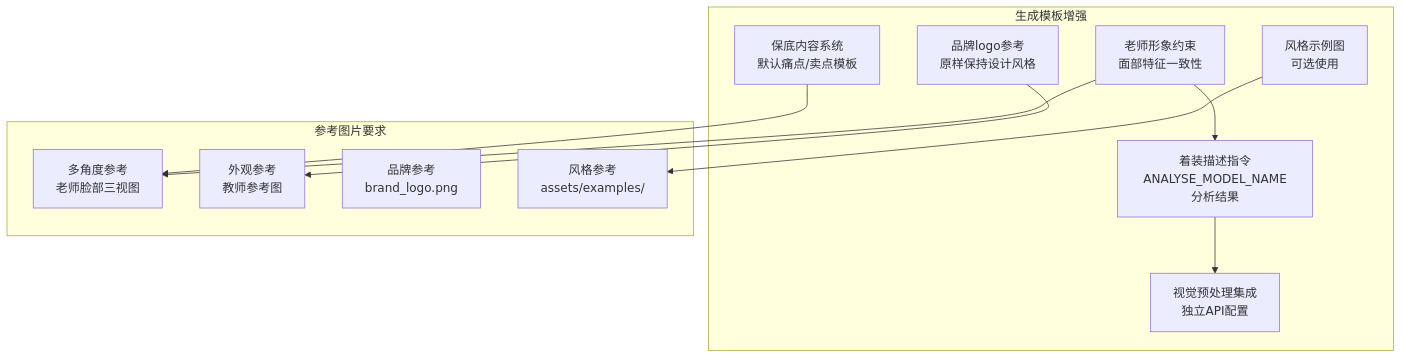
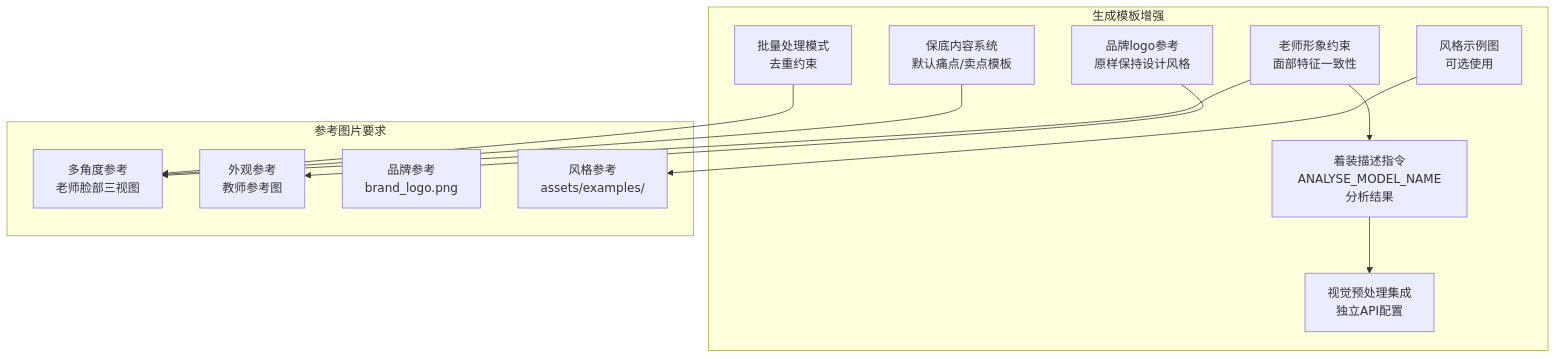
One commit to WongMingJiu/landingpage-test-hero-page changed diagram 15 of 18 in .qoder/repowiki/zh/content/配置和定制/配置和定制.md. Above: the diagram before and after it, drawn with Mermaid. The commit also changed other lines of this file and 42 other files, not shown here.

````diff
--- a/.qoder/repowiki/zh/content/配置和定制/配置和定制.md
+++ b/.qoder/repowiki/zh/content/配置和定制/配置和定制.md
@@ -674,23 +682,25 @@
 ```mermaid
 graph TB
 subgraph "生成模板增强"
 TeacherConstraints[老师形象约束<br/>面部特征一致性]
 OutfitInstruction[着装描述指令<br/>ANALYSE_MODEL_NAME分析结果]
 BrandLogo[品牌logo参考<br/>原样保持设计风格]
 StyleExamples[风格示例图<br/>可选使用]
 FallbackContent[保底内容系统<br/>默认痛点/卖点模板]
 VisualPreprocess[视觉预处理集成<br/>独立API配置]
+BatchMode[批量处理模式<br/>去重约束]
 end
 subgraph "参考图片要求"
 MultiAngle[多角度参考<br/>老师脸部三视图]
 AppearanceRef[外观参考<br/>教师参考图]
 BrandRef[品牌参考<br/>brand_logo.png]
 StyleRef[风格参考<br/>assets/examples/]
 end
 TeacherConstraints --> MultiAngle
 TeacherConstraints --> OutfitInstruction
 OutfitInstruction --> VisualPreprocess
 BrandLogo --> AppearanceRef
 StyleExamples --> StyleRef
 FallbackContent --> MultiAngle
+BatchMode --> MultiAngle
 ```
````
